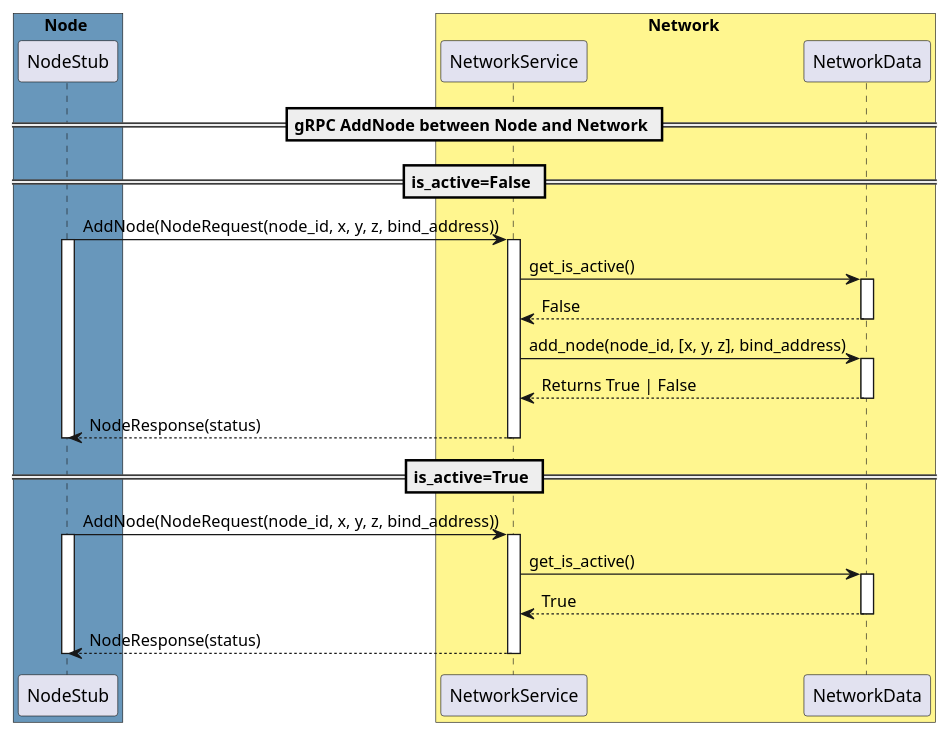
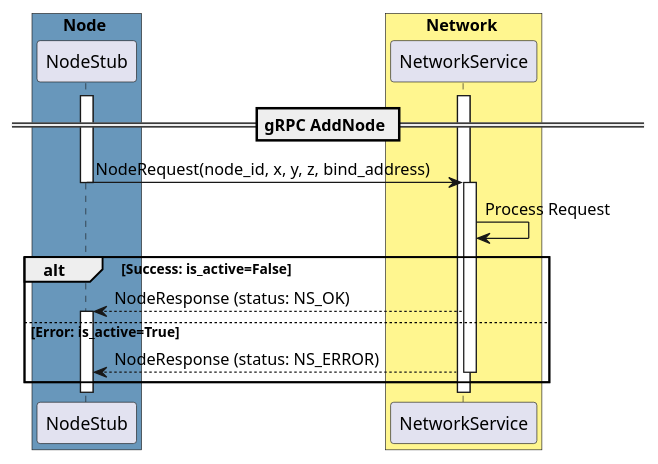
The diagram in docs/diagrams/communication/gRPC_AddNode.puml (matteogianferrari/multilat_sensor_net), drawn with PlantUML before and after one commit. The commit also changed 5 other files, not shown here.

Commit message:
Revisided UML sequence diagrams for the communication protocols.

```diff
--- a/docs/diagrams/communication/gRPC_AddNode.puml
+++ b/docs/diagrams/communication/gRPC_AddNode.puml
@@ -1,58 +1,49 @@
 @startuml
+
 skinparam backgroundColor #FFFFFF
 
 ' Defines the participants in the protocol
 box Node #6897BB
 participant "NodeStub" as NodeStub
 end box
 
 box Network #FFF68F
 participant "NetworkService" as NetworkService
-participant "NetworkData" as NetworkData
 end box
-== gRPC AddNode between Node and Network ==
 
-== is_active=False ==
-' NodeStub requests AddNode RPC sending a NodeRequest message
-' containing the requesting node ID
-NodeStub -> NetworkService: AddNode(NodeRequest(node_id, x, y, z, bind_address))
+== gRPC AddNode ==
+
+' NetworkService thread is running waiting for incoming requests
+activate NetworkService
 activate NodeStub
 
+' NodeStub requests AddNode RPC sending a NodeRequest message
+' containing the requesting node ID, the sensor's position and the bind address
+NodeStub -> NetworkService: NodeRequest(node_id, x, y, z, bind_address)
+
+' The RPC request blocks the NodeStub thread while waiting for a response
+deactivate NodeStub
+
 ' NetworkService receives the RPC request for AddNode
+' NetworkService has a thread pool for handling asynchronously the requests
+' from multiple client, it assigns the request to a worker thread
 activate NetworkService
 
-NetworkService -> NetworkData: get_is_active()
-activate NetworkData
-return False
+' NetworkService AddNode procedure is executed
+NetworkService -> NetworkService: Process Request
 
-' NetworkService adds the node information to the NetworkData
-NetworkService -> NetworkData: add_node(node_id, [x, y, z], bind_address)
-activate NetworkData
-
-' NetworkData returns the status of the operation
-return Returns True | False
-
-' NetworkService responds to NodeStub sending a NodeResponse message
-' containing the operation status
-return NodeResponse(status)
-deactivate NodeStub
-
-== is_active=True ==
-' NodeStub requests AddNode RPC sending a NodeRequest message
-' containing the requesting node ID
-NodeStub -> NetworkService: AddNode(NodeRequest(node_id, x, y, z, bind_address))
-activate NodeStub
-
-' NetworkService receives the RPC request for AddNode
-activate NetworkService
-
-NetworkService -> NetworkData: get_is_active()
-activate NetworkData
-return True
-
-' NetworkService responds to NodeStub sending a NodeResponse message
-' containing the operation status
-return NodeResponse(status)
-deactivate NodeStub
+' The distributed network isn't active so the node is added
+alt Success: is_active=False
+    ' The NetworkService sends a NodeResponse message to the NodeStub containing
+    ' a positive status for the requested operation
+    NetworkService --> NodeStub : NodeResponse (status: NS_OK)
+    activate NodeStub
+' The distributed network is active so the node cannot be added
+else Error: is_active=True
+    ' The NetworkService sends a NodeResponse message to the NodeStub containing
+    ' a negative status for the requested operation
+    NetworkService --> NodeStub : NodeResponse (status: NS_ERROR)
+    deactivate NetworkService
+end
 
 @enduml
```
